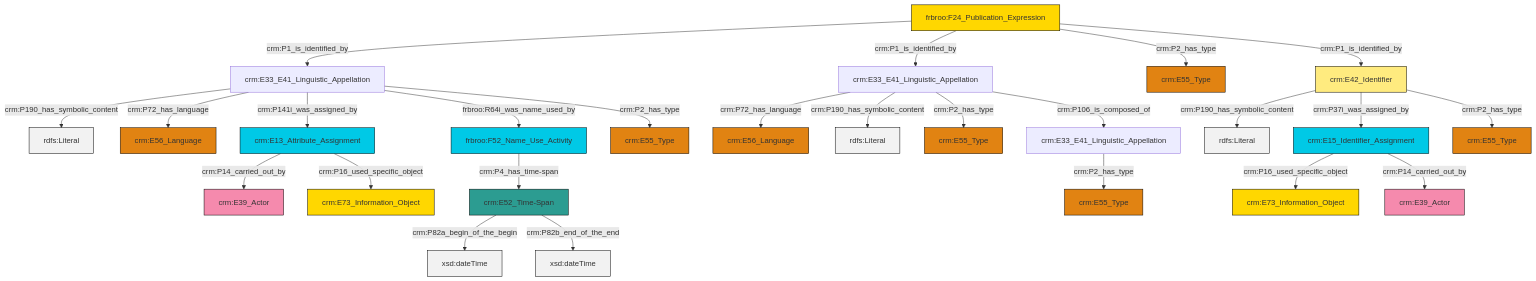
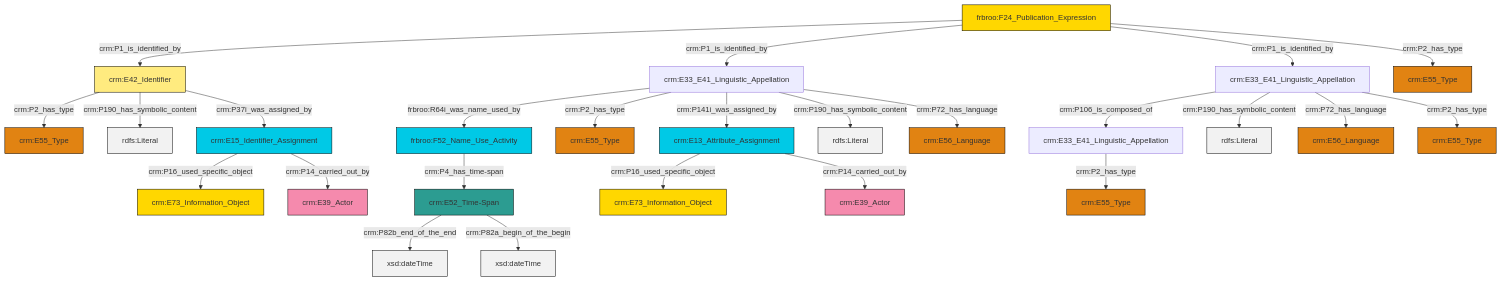
The diagram in et/biblioCSV/ttl/mmd/biblio_name.ttl.mmd (swiss-art-research-net/reference-data-models), drawn with Mermaid before and after one commit. The commit also changed 148 other files, not shown here.

```diff
--- a/et/biblioCSV/ttl/mmd/biblio_name.ttl.mmd
+++ b/et/biblioCSV/ttl/mmd/biblio_name.ttl.mmd
@@ -1,39 +1,39 @@
 graph TD
 classDef Literal fill:#f2f2f2,stroke:#000000;
 classDef CRM_Entity fill:#FFFFFF,stroke:#000000;
 classDef Temporal_Entity fill:#00C9E6, stroke:#000000;
 classDef Type fill:#E18312, stroke:#000000;
 classDef Time-Span fill:#2C9C91, stroke:#000000;
 classDef Appellation fill:#FFEB7F, stroke:#000000;
 classDef Place fill:#008836, stroke:#000000;
 classDef Persistent_Item fill:#B266B2, stroke:#000000;
 classDef Conceptual_Object fill:#FFD700, stroke:#000000;
 classDef Physical_Thing fill:#D2B48C, stroke:#000000;
 classDef Actor fill:#f58aad, stroke:#000000;
 classDef PC_Classes fill:#4ce600, stroke:#000000;
 classDef Multi fill:#cccccc,stroke:#000000;
 
-2["crm:E52_Time-Span"]:::Time-Span -->|crm:P82a_begin_of_the_begin| 3[xsd:dateTime]:::Literal
-4["crm:E33_E41_Linguistic_Appellation"]:::Default -->|crm:P72_has_language| 6["crm:E56_Language"]:::Type
-7["crm:E33_E41_Linguistic_Appellation"]:::Default -->|crm:P190_has_symbolic_content| 8[rdfs:Literal]:::Literal
-9["crm:E42_Identifier"]:::Appellation -->|crm:P190_has_symbolic_content| 10[rdfs:Literal]:::Literal
-11["crm:E15_Identifier_Assignment"]:::Temporal_Entity -->|crm:P16_used_specific_object| 12["crm:E73_Information_Object"]:::Conceptual_Object
-2["crm:E52_Time-Span"]:::Time-Span -->|crm:P82b_end_of_the_end| 13[xsd:dateTime]:::Literal
-7["crm:E33_E41_Linguistic_Appellation"]:::Default -->|crm:P72_has_language| 18["crm:E56_Language"]:::Type
-4["crm:E33_E41_Linguistic_Appellation"]:::Default -->|crm:P190_has_symbolic_content| 19[rdfs:Literal]:::Literal
-9["crm:E42_Identifier"]:::Appellation -->|crm:P37i_was_assigned_by| 11["crm:E15_Identifier_Assignment"]:::Temporal_Entity
-4["crm:E33_E41_Linguistic_Appellation"]:::Default -->|crm:P2_has_type| 26["crm:E55_Type"]:::Type
-27["frbroo:F52_Name_Use_Activity"]:::Temporal_Entity -->|crm:P4_has_time-span| 2["crm:E52_Time-Span"]:::Time-Span
-24["frbroo:F24_Publication_Expression"]:::Conceptual_Object -->|crm:P1_is_identified_by| 7["crm:E33_E41_Linguistic_Appellation"]:::Default
-28["crm:E13_Attribute_Assignment"]:::Temporal_Entity -->|crm:P14_carried_out_by| 29["crm:E39_Actor"]:::Actor
-24["frbroo:F24_Publication_Expression"]:::Conceptual_Object -->|crm:P1_is_identified_by| 4["crm:E33_E41_Linguistic_Appellation"]:::Default
-7["crm:E33_E41_Linguistic_Appellation"]:::Default -->|crm:P141i_was_assigned_by| 28["crm:E13_Attribute_Assignment"]:::Temporal_Entity
-36["crm:E33_E41_Linguistic_Appellation"]:::Default -->|crm:P2_has_type| 37["crm:E55_Type"]:::Type
-9["crm:E42_Identifier"]:::Appellation -->|crm:P2_has_type| 39["crm:E55_Type"]:::Type
-7["crm:E33_E41_Linguistic_Appellation"]:::Default -->|frbroo:R64i_was_name_used_by| 27["frbroo:F52_Name_Use_Activity"]:::Temporal_Entity
-24["frbroo:F24_Publication_Expression"]:::Conceptual_Object -->|crm:P2_has_type| 0["crm:E55_Type"]:::Type
-24["frbroo:F24_Publication_Expression"]:::Conceptual_Object -->|crm:P1_is_identified_by| 9["crm:E42_Identifier"]:::Appellation
-7["crm:E33_E41_Linguistic_Appellation"]:::Default -->|crm:P2_has_type| 20["crm:E55_Type"]:::Type
-28["crm:E13_Attribute_Assignment"]:::Temporal_Entity -->|crm:P16_used_specific_object| 22["crm:E73_Information_Object"]:::Conceptual_Object
-4["crm:E33_E41_Linguistic_Appellation"]:::Default -->|crm:P106_is_composed_of| 36["crm:E33_E41_Linguistic_Appellation"]:::Default
-11["crm:E15_Identifier_Assignment"]:::Temporal_Entity -->|crm:P14_carried_out_by| 16["crm:E39_Actor"]:::Actor
+0["crm:E52_Time-Span"]:::Time-Span -->|crm:P82b_end_of_the_end| 1[xsd:dateTime]:::Literal
+2["crm:E42_Identifier"]:::Appellation -->|crm:P2_has_type| 4["crm:E55_Type"]:::Type
+5["crm:E33_E41_Linguistic_Appellation"]:::Default -->|crm:P106_is_composed_of| 6["crm:E33_E41_Linguistic_Appellation"]:::Default
+9["frbroo:F24_Publication_Expression"]:::Conceptual_Object -->|crm:P1_is_identified_by| 2["crm:E42_Identifier"]:::Appellation
+5["crm:E33_E41_Linguistic_Appellation"]:::Default -->|crm:P190_has_symbolic_content| 10[rdfs:Literal]:::Literal
+5["crm:E33_E41_Linguistic_Appellation"]:::Default -->|crm:P72_has_language| 11["crm:E56_Language"]:::Type
+2["crm:E42_Identifier"]:::Appellation -->|crm:P190_has_symbolic_content| 13[rdfs:Literal]:::Literal
+16["crm:E13_Attribute_Assignment"]:::Temporal_Entity -->|crm:P16_used_specific_object| 17["crm:E73_Information_Object"]:::Conceptual_Object
+7["crm:E33_E41_Linguistic_Appellation"]:::Default -->|frbroo:R64i_was_name_used_by| 18["frbroo:F52_Name_Use_Activity"]:::Temporal_Entity
+7["crm:E33_E41_Linguistic_Appellation"]:::Default -->|crm:P2_has_type| 19["crm:E55_Type"]:::Type
+7["crm:E33_E41_Linguistic_Appellation"]:::Default -->|crm:P141i_was_assigned_by| 16["crm:E13_Attribute_Assignment"]:::Temporal_Entity
+9["frbroo:F24_Publication_Expression"]:::Conceptual_Object -->|crm:P1_is_identified_by| 7["crm:E33_E41_Linguistic_Appellation"]:::Default
+5["crm:E33_E41_Linguistic_Appellation"]:::Default -->|crm:P2_has_type| 26["crm:E55_Type"]:::Type
+16["crm:E13_Attribute_Assignment"]:::Temporal_Entity -->|crm:P14_carried_out_by| 28["crm:E39_Actor"]:::Actor
+7["crm:E33_E41_Linguistic_Appellation"]:::Default -->|crm:P190_has_symbolic_content| 29[rdfs:Literal]:::Literal
+0["crm:E52_Time-Span"]:::Time-Span -->|crm:P82a_begin_of_the_begin| 31[xsd:dateTime]:::Literal
+32["crm:E15_Identifier_Assignment"]:::Temporal_Entity -->|crm:P16_used_specific_object| 22["crm:E73_Information_Object"]:::Conceptual_Object
+2["crm:E42_Identifier"]:::Appellation -->|crm:P37i_was_assigned_by| 32["crm:E15_Identifier_Assignment"]:::Temporal_Entity
+7["crm:E33_E41_Linguistic_Appellation"]:::Default -->|crm:P72_has_language| 35["crm:E56_Language"]:::Type
+9["frbroo:F24_Publication_Expression"]:::Conceptual_Object -->|crm:P1_is_identified_by| 5["crm:E33_E41_Linguistic_Appellation"]:::Default
+32["crm:E15_Identifier_Assignment"]:::Temporal_Entity -->|crm:P14_carried_out_by| 36["crm:E39_Actor"]:::Actor
+9["frbroo:F24_Publication_Expression"]:::Conceptual_Object -->|crm:P2_has_type| 14["crm:E55_Type"]:::Type
+18["frbroo:F52_Name_Use_Activity"]:::Temporal_Entity -->|crm:P4_has_time-span| 0["crm:E52_Time-Span"]:::Time-Span
+6["crm:E33_E41_Linguistic_Appellation"]:::Default -->|crm:P2_has_type| 40["crm:E55_Type"]:::Type
```
